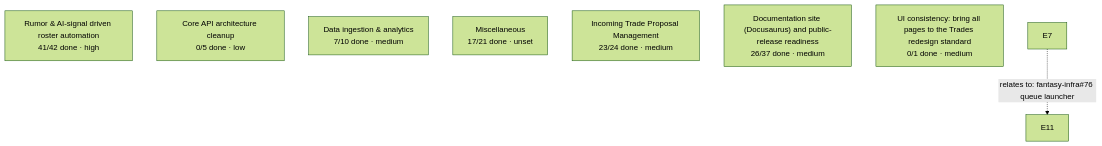
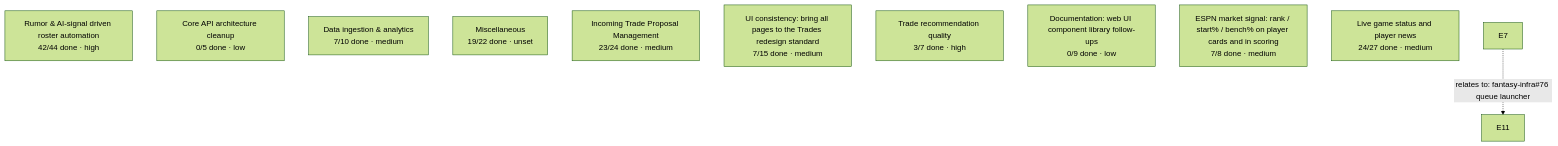
The diagram in docs/overview/project-map.md (cvillarr23/fantasy-project), drawn with Mermaid (forest theme) before and after one commit. The commit also changed other lines of this file and 1 other file, not shown here.

Commit message:
Document live game data in the architecture overview and refresh the project map (#121)
Adds how the live-games service job, kickoff-driven starts, the Redis live
snapshot, the live API, scoring rules, news sources and the web UI's live
pages fit together. Regenerates project-map.md from current epic state.

````diff
--- a/docs/overview/project-map.md
+++ b/docs/overview/project-map.md
@@ -13,11 +13,14 @@
 ```mermaid
 flowchart TD
-    E3["Rumor & AI-signal driven roster automation<br/>41/42 done &middot; high"]
+    E3["Rumor & AI-signal driven roster automation<br/>42/44 done &middot; high"]
     E5["Core API architecture cleanup<br/>0/5 done &middot; low"]
     E6["Data ingestion & analytics<br/>7/10 done &middot; medium"]
-    E10["Miscellaneous<br/>17/21 done &middot; unset"]
+    E10["Miscellaneous<br/>19/22 done &middot; unset"]
     E12["Incoming Trade Proposal Management<br/>23/24 done &middot; medium"]
-    E19["Documentation site (Docusaurus) and public-release readiness<br/>26/37 done &middot; medium"]
-    E73["UI consistency: bring all pages to the Trades redesign standard<br/>0/1 done &middot; medium"]
+    E73["UI consistency: bring all pages to the Trades redesign standard<br/>7/15 done &middot; medium"]
+    E77["Trade recommendation quality<br/>3/7 done &middot; high"]
+    E99["Documentation: web UI component library follow-ups<br/>0/9 done &middot; low"]
+    E105["ESPN market signal: rank / start% / bench% on player cards and in scoring<br/>7/8 done &middot; medium"]
+    E113["Live game status and player news<br/>24/27 done &middot; medium"]
     E7 -.->|relates to: fantasy-infra#76 queue launcher| E11
 ```
````
